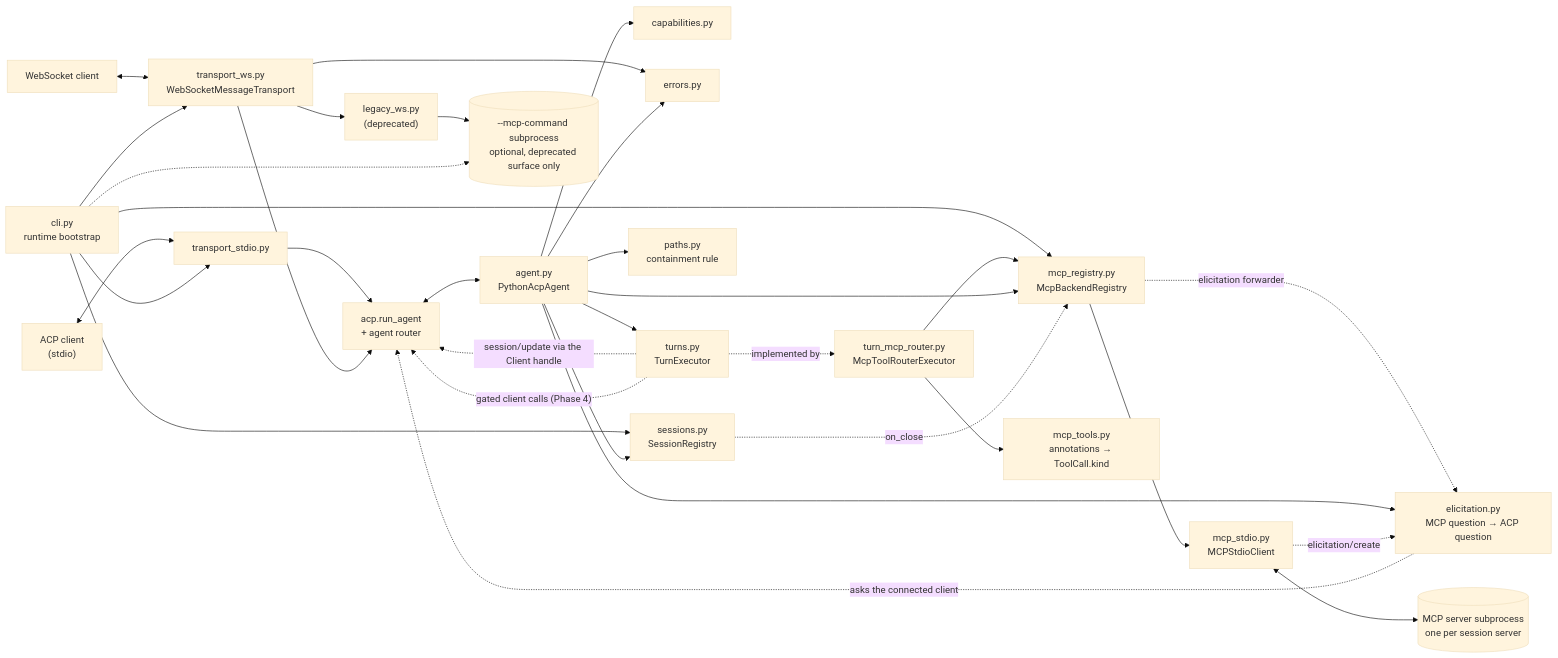
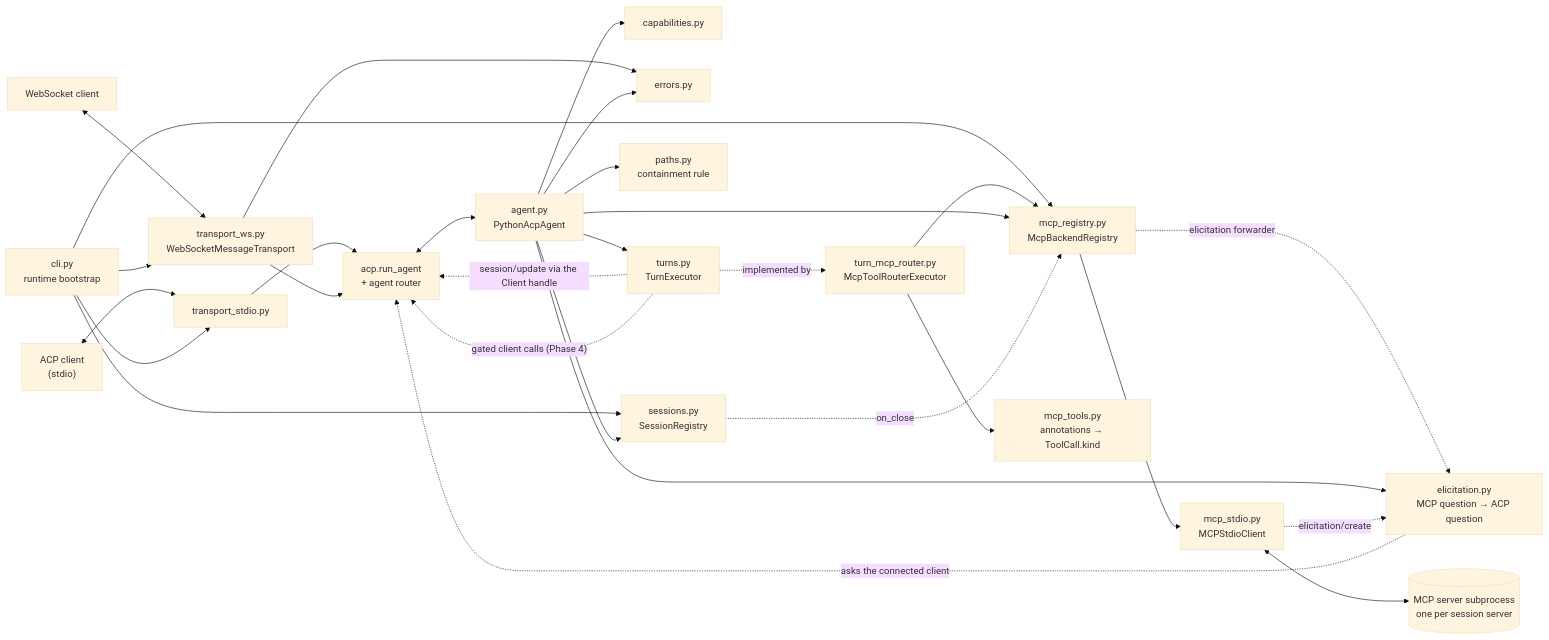
Before and after one commit to Digital-Dimentia/python-acp: the first of 8 diagrams in ARCHITECTURE.md, drawn with Mermaid (base theme). The commit also changed other lines of this file and 23 other files, not shown here.

````diff
--- a/ARCHITECTURE.md
+++ b/ARCHITECTURE.md
@@ -27,55 +26,50 @@
 ```mermaid
 flowchart LR
     Editor["ACP client<br/>(stdio)"]
     WsClient["WebSocket client"]
     CLI["cli.py<br/>runtime bootstrap"]
     TStdio["transport_stdio.py"]
     TWs["transport_ws.py<br/>WebSocketMessageTransport"]
-    Legacy["legacy_ws.py<br/>(deprecated)"]
     SDK["acp.run_agent<br/>+ agent router"]
     Agent["agent.py<br/>PythonAcpAgent"]
     Caps["capabilities.py"]
     Errors["errors.py"]
     Sessions["sessions.py<br/>SessionRegistry"]
     Paths["paths.py<br/>containment rule"]
     Turns["turns.py<br/>TurnExecutor"]
     Router["turn_mcp_router.py<br/>McpToolRouterExecutor"]
     Backends["mcp_registry.py<br/>McpBackendRegistry"]
     Tools["mcp_tools.py<br/>annotations &rarr; ToolCall.kind"]
     Elicit["elicitation.py<br/>MCP question &rarr; ACP question"]
     MCPClient["mcp_stdio.py<br/>MCPStdioClient"]
     MCPProc[("MCP server subprocess<br/>one per session server")]
-    StartupProc[("--mcp-command subprocess<br/>optional, deprecated surface only")]
 
     Editor <--> TStdio
     WsClient <--> TWs
     CLI --> TStdio
     CLI --> TWs
     CLI --> Sessions
     CLI --> Backends
     TStdio --> SDK
     TWs --> SDK
-    TWs --> Legacy
     TWs --> Errors
     SDK <--> Agent
     Agent --> Caps
     Agent --> Errors
     Agent --> Sessions
     Agent --> Paths
     Agent --> Turns
     Turns -.implemented by.-> Router
     Router --> Tools
     Router --> Backends
     Agent --> Backends
     Sessions -. "on_close" .-> Backends
     Turns -. "session/update via the Client handle" .-> SDK
     Turns -. "gated client calls (Phase 4)" .-> SDK
     Backends --> MCPClient
     Backends -. "elicitation forwarder" .-> Elicit
     Agent --> Elicit
     MCPClient -. "elicitation/create" .-> Elicit
     Elicit -. "asks the connected client" .-> SDK
     MCPClient <--> MCPProc
-    Legacy --> StartupProc
-    CLI -.-> StartupProc
 ```
````
